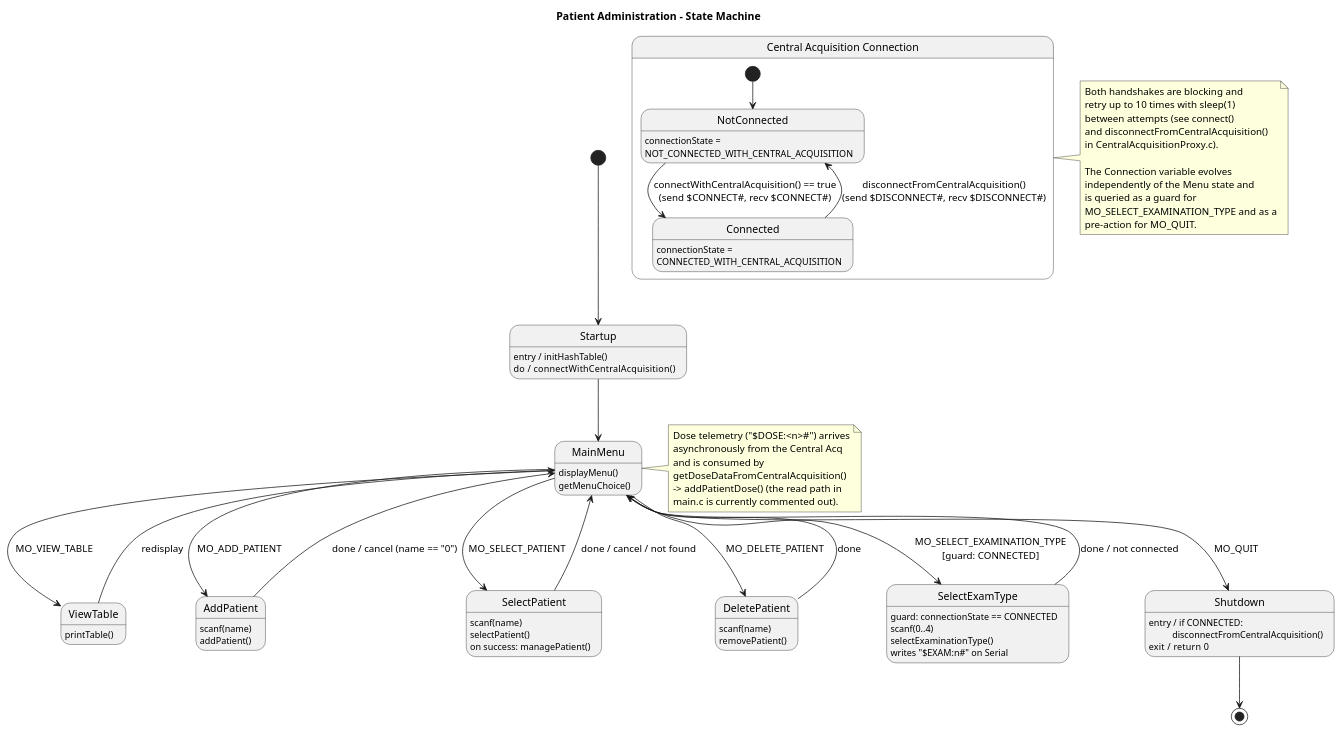
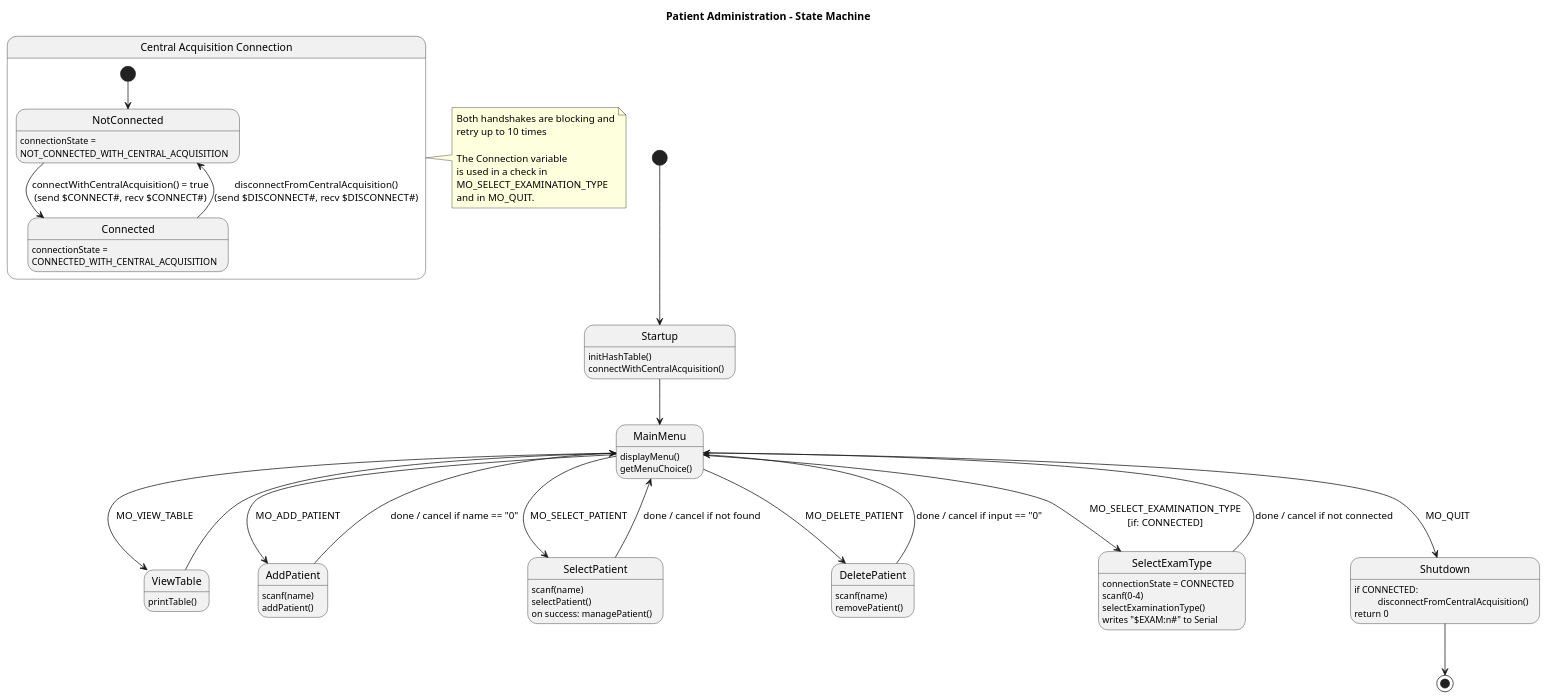
One commit to luckyharry1/Xray-Project changed the diagram in docs/diagrams/PatientAdmin_State.puml. Above: the diagram before and after it, drawn with PlantUML.

Commit message:
Manual refactor state diagram for Patient Admin system

```diff
--- a/docs/diagrams/PatientAdmin_State.puml
+++ b/docs/diagrams/PatientAdmin_State.puml
@@ -1,85 +1,74 @@
 @startuml PatientAdmin_State
 title Patient Administration - State Machine
 
 ' Source of truth:
 '   Product/main.c        - top-level loop, connection state, menu dispatch
 '   Product/menu.c        - displayMenu / getMenuChoice
 '   Product/CentralAcquisitionProxy.c - connect / disconnect / selectExaminationType
 '   Shared/doseAdmin.c    - patient hash table
 '
 ' The Patient Admin host program has two independent state variables.
 ' We render each as its own state machine to keep transition scopes clean:
 '   1. Menu / interaction loop (the main flow driven by getMenuChoice())
 '   2. Central-Acquisition connection state (toggled by connect/disconnect)
 
 ' =============================================================
 ' 1) MENU / INTERACTION LOOP
 ' =============================================================
 
 [*] --> Startup
-Startup : entry / initHashTable()
-Startup : do    / connectWithCentralAcquisition()
+Startup : initHashTable()
+Startup : connectWithCentralAcquisition()
 Startup --> MainMenu
 
 MainMenu : displayMenu()\ngetMenuChoice()
 
 state ViewTable      : printTable()
 state AddPatient     : scanf(name)\naddPatient()
 state SelectPatient  : scanf(name)\nselectPatient()\non success: managePatient()
 state DeletePatient  : scanf(name)\nremovePatient()
-state SelectExamType : guard: connectionState == CONNECTED\nscanf(0..4)\nselectExaminationType()\nwrites "$EXAM:n#" on Serial
+state SelectExamType : connectionState = CONNECTED\nscanf(0-4)\nselectExaminationType()\nwrites "$EXAM:n#" to Serial
 
 MainMenu --> ViewTable      : MO_VIEW_TABLE
 MainMenu --> AddPatient     : MO_ADD_PATIENT
 MainMenu --> SelectPatient  : MO_SELECT_PATIENT
 MainMenu --> DeletePatient  : MO_DELETE_PATIENT
-MainMenu --> SelectExamType : MO_SELECT_EXAMINATION_TYPE\n[guard: CONNECTED]
+MainMenu --> SelectExamType : MO_SELECT_EXAMINATION_TYPE\n[if: CONNECTED]
 MainMenu --> Shutdown       : MO_QUIT
 
-ViewTable      --> MainMenu : redisplay
-AddPatient     --> MainMenu : done / cancel (name == "0")
-SelectPatient  --> MainMenu : done / cancel / not found
-DeletePatient  --> MainMenu : done
-SelectExamType --> MainMenu : done / not connected
+ViewTable      --> MainMenu
+AddPatient     --> MainMenu : done / cancel if name == "0"
+SelectPatient  --> MainMenu : done / cancel if not found
+DeletePatient  --> MainMenu : done / cancel if input == "0"
+SelectExamType --> MainMenu : done / cancel if not connected
 
-Shutdown : entry / if CONNECTED:\n          disconnectFromCentralAcquisition()
-Shutdown : exit  / return 0
+Shutdown : if CONNECTED:\n          disconnectFromCentralAcquisition()
+Shutdown : return 0
 Shutdown --> [*]
 
-note right of MainMenu
-  Dose telemetry ("$DOSE:<n>#") arrives
-  asynchronously from the Central Acq
-  and is consumed by
-  getDoseDataFromCentralAcquisition()
-  -> addPatientDose() (the read path in
-  main.c is currently commented out).
-end note
+
 
 ' =============================================================
 ' 2) CENTRAL ACQUISITION CONNECTION (independent variable)
 ' =============================================================
 
 state "Central Acquisition Connection" as CONN {
   [*] --> NotConnected
   NotConnected : connectionState =\nNOT_CONNECTED_WITH_CENTRAL_ACQUISITION
   Connected    : connectionState =\nCONNECTED_WITH_CENTRAL_ACQUISITION
 
-  NotConnected --> Connected    : connectWithCentralAcquisition() == true\n(send $CONNECT#, recv $CONNECT#)
+  NotConnected --> Connected    : connectWithCentralAcquisition() = true\n(send $CONNECT#, recv $CONNECT#)
   Connected    --> NotConnected : disconnectFromCentralAcquisition()\n(send $DISCONNECT#, recv $DISCONNECT#)
 }
 
 note right of CONN
-  Both handshakes are blocking and
-  retry up to 10 times with sleep(1)
-  between attempts (see connect()
-  and disconnectFromCentralAcquisition()
-  in CentralAcquisitionProxy.c).
+Both handshakes are blocking and
+retry up to 10 times
 
-  The Connection variable evolves
-  independently of the Menu state and
-  is queried as a guard for
-  MO_SELECT_EXAMINATION_TYPE and as a
-  pre-action for MO_QUIT.
+The Connection variable
+is used in a check in
+MO_SELECT_EXAMINATION_TYPE 
+and in MO_QUIT.
 end note
 
 @enduml
```
